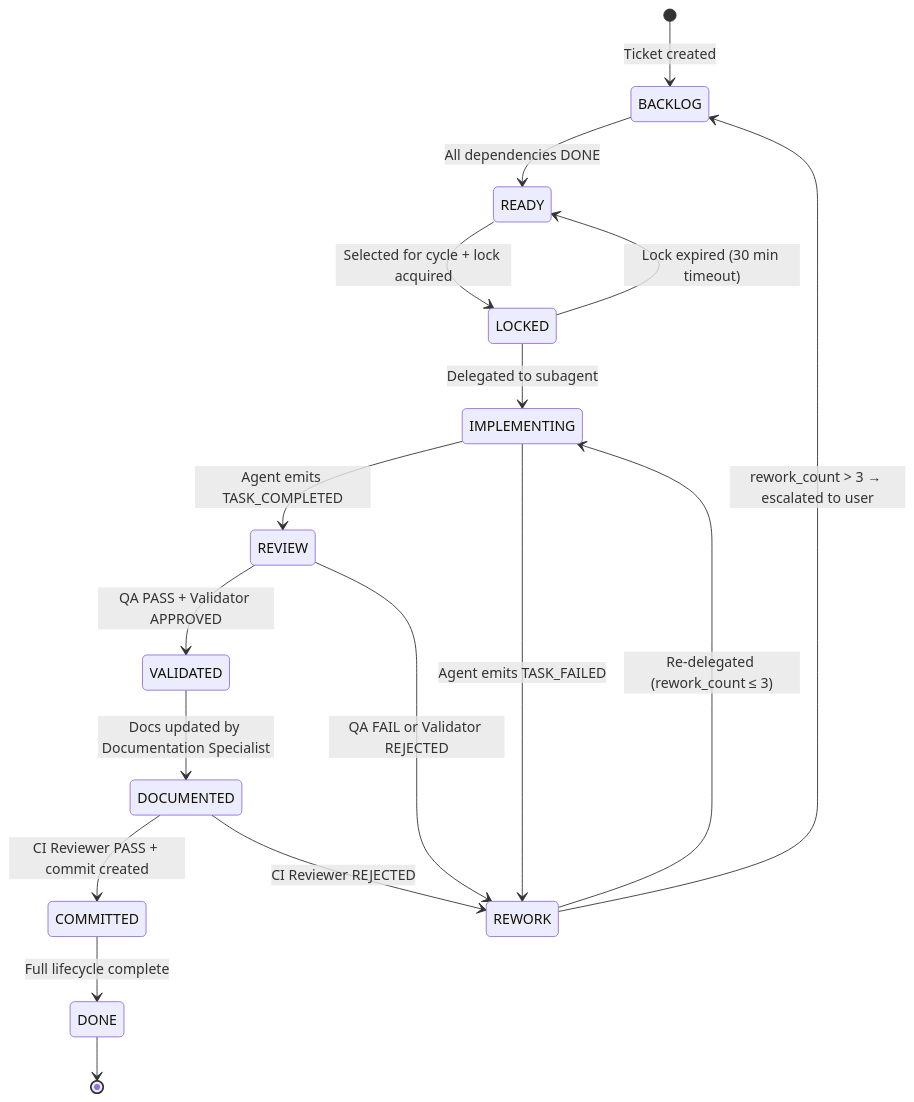
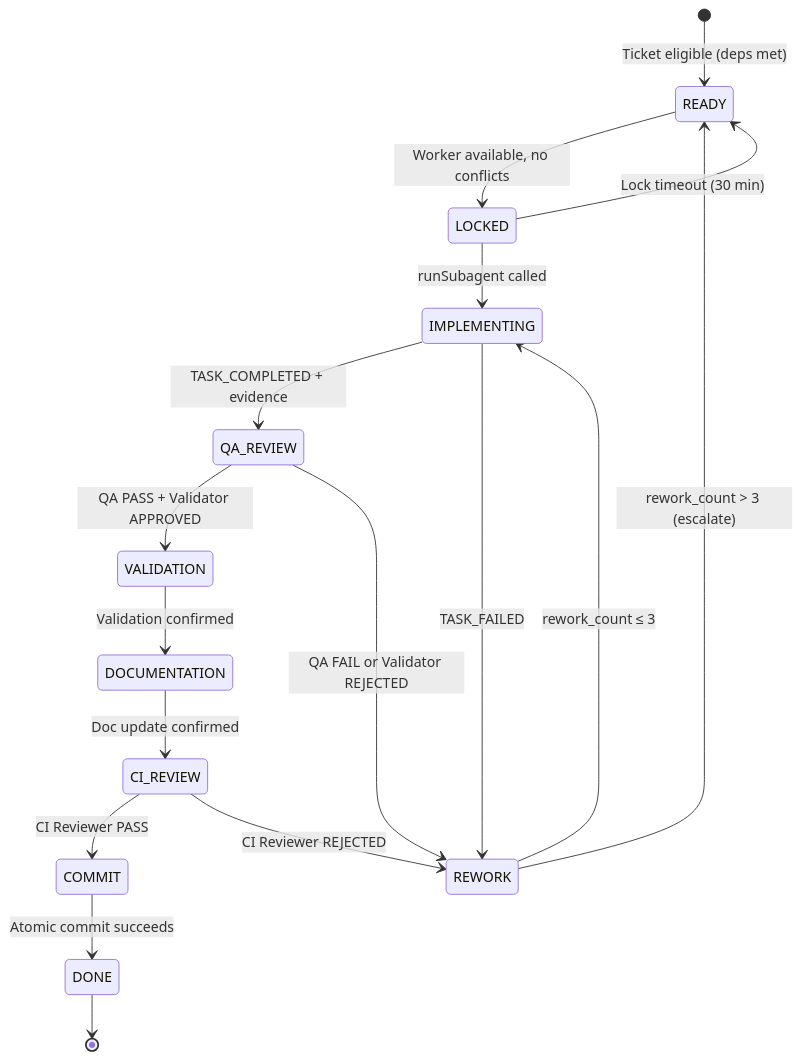
The second of 5 diagrams in .github/ARCHITECTURE.md (ReaperOAK/vibecoding), drawn with Mermaid before and after one commit. The commit also changed other lines of this file and 24 other files, not shown here.

````diff
--- a/.github/ARCHITECTURE.md
+++ b/.github/ARCHITECTURE.md
@@ -249,19 +354,19 @@
 ```mermaid
 stateDiagram-v2
-    [*] --> BACKLOG : Ticket created
-    BACKLOG --> READY : All dependencies DONE
-    READY --> LOCKED : Selected for cycle + lock acquired
-    LOCKED --> IMPLEMENTING : Delegated to subagent
-    LOCKED --> READY : Lock expired (30 min timeout)
-    IMPLEMENTING --> REVIEW : Agent emits TASK_COMPLETED
-    IMPLEMENTING --> REWORK : Agent emits TASK_FAILED
-    REVIEW --> VALIDATED : QA PASS + Validator APPROVED
-    REVIEW --> REWORK : QA FAIL or Validator REJECTED
-    VALIDATED --> DOCUMENTED : Docs updated by Documentation Specialist
-    DOCUMENTED --> COMMITTED : CI Reviewer PASS + commit created
-    DOCUMENTED --> REWORK : CI Reviewer REJECTED
-    COMMITTED --> DONE : Full lifecycle complete
-    REWORK --> IMPLEMENTING : Re-delegated (rework_count ≤ 3)
-    REWORK --> BACKLOG : rework_count > 3 → escalated to user
+    [*] --> READY : Ticket eligible (deps met)
+    READY --> LOCKED : Worker available, no conflicts
+    LOCKED --> IMPLEMENTING : runSubagent called
+    LOCKED --> READY : Lock timeout (30 min)
+    IMPLEMENTING --> QA_REVIEW : TASK_COMPLETED + evidence
+    IMPLEMENTING --> REWORK : TASK_FAILED
+    QA_REVIEW --> VALIDATION : QA PASS + Validator APPROVED
+    QA_REVIEW --> REWORK : QA FAIL or Validator REJECTED
+    VALIDATION --> DOCUMENTATION : Validation confirmed
+    DOCUMENTATION --> CI_REVIEW : Doc update confirmed
+    CI_REVIEW --> COMMIT : CI Reviewer PASS
+    CI_REVIEW --> REWORK : CI Reviewer REJECTED
+    COMMIT --> DONE : Atomic commit succeeds
+    REWORK --> IMPLEMENTING : rework_count ≤ 3
+    REWORK --> READY : rework_count > 3 (escalate)
     DONE --> [*]
 ```
````
